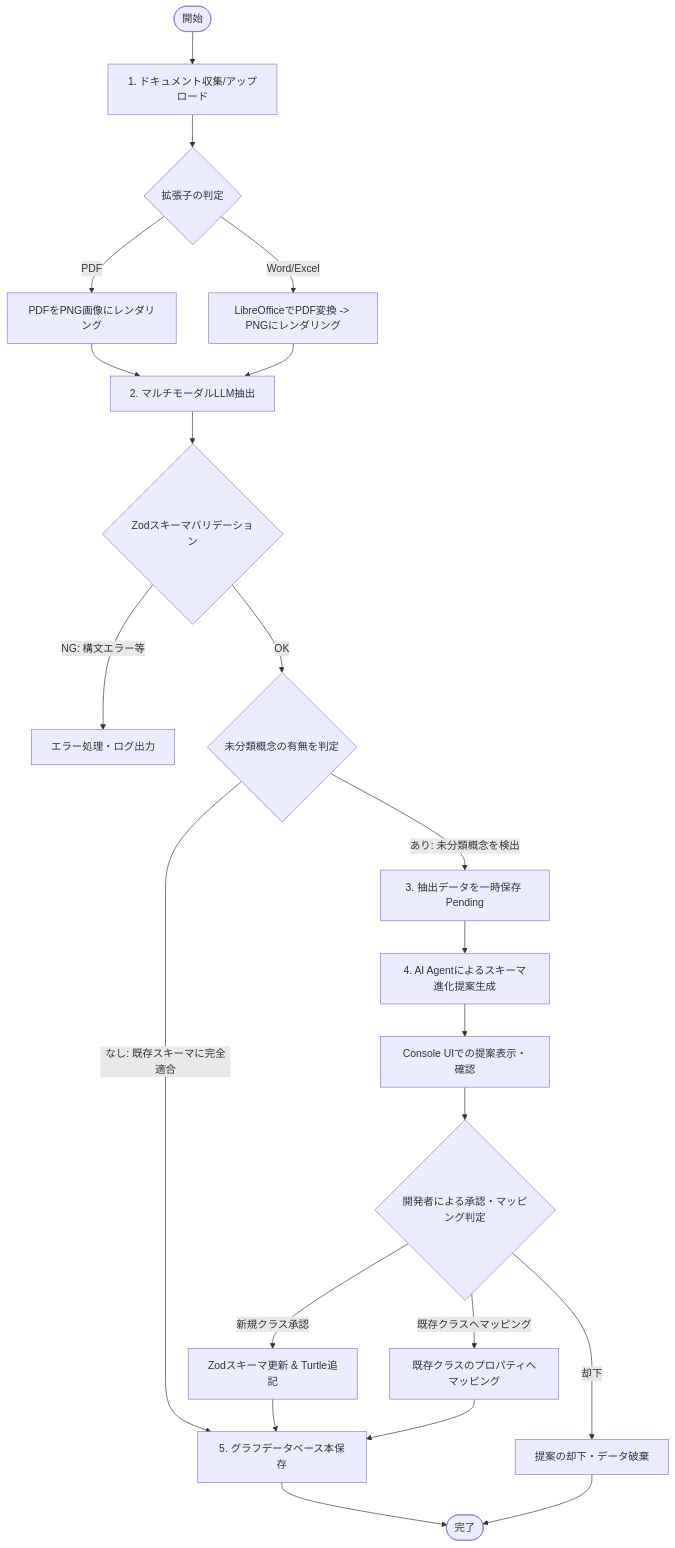
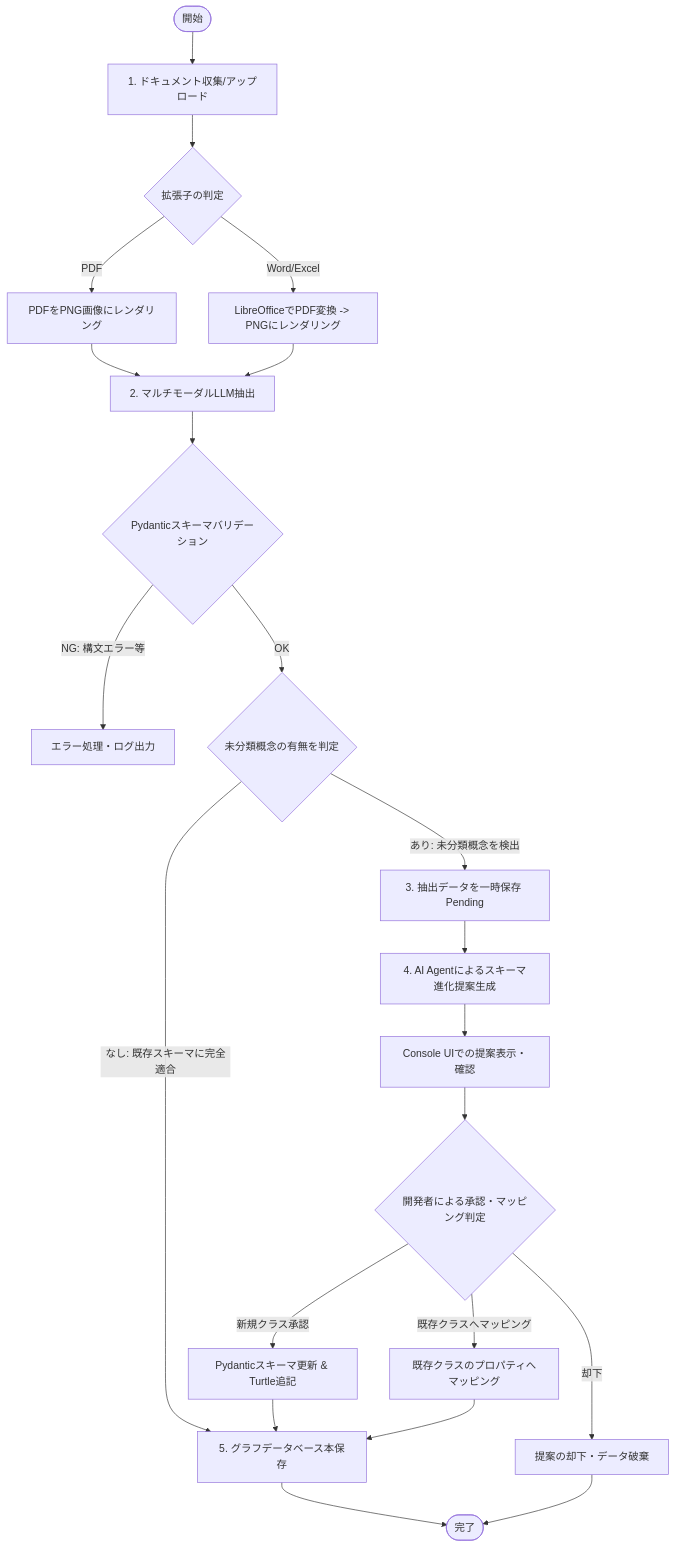
One commit to hiroooo000/ontoNgn changed the second of 3 diagrams in docs/architecture_design.md. Above: the diagram before and after it, drawn with Mermaid. The commit also changed other lines of this file and 1 other file, not shown here.

Commit message:
docs: update architecture design and tech decisions to Python/FastAPI/HTMX

````diff
--- a/docs/architecture_design.md
+++ b/docs/architecture_design.md
@@ -203,31 +203,31 @@
 ```mermaid
 flowchart TD
-    Start([開始]) --> Ingestion[1. ドキュメント収集/アップロード]
-    Ingestion --> Render{拡張子の判定}
-    Render -->|PDF| PdfRender[PDFをPNG画像にレンダリング]
-    Render -->|Word/Excel| OfficeRender[LibreOfficeでPDF変換 -> PNGにレンダリング]
+    Start(["開始"]) --> Ingestion["1. ドキュメント収集/アップロード"]
+    Ingestion --> Render{"拡張子の判定"}
+    Render -->|"PDF"| PdfRender["PDFをPNG画像にレンダリング"]
+    Render -->|"Word/Excel"| OfficeRender["LibreOfficeでPDF変換 -> PNGにレンダリング"]
     
-    PdfRender --> LLMExtract[2. マルチモーダルLLM抽出]
+    PdfRender --> LLMExtract["2. マルチモーダルLLM抽出"]
     OfficeRender --> LLMExtract
     
-    LLMExtract --> Validate{Zodスキーマバリデーション}
-    Validate -->|NG: 構文エラー等| Error[エラー処理・ログ出力]
-    Validate -->|OK| ConceptTriage{未分類概念の有無を判定}
+    LLMExtract --> Validate{"Pydanticスキーマバリデーション"}
+    Validate -->|"NG: 構文エラー等"| Error["エラー処理・ログ出力"]
+    Validate -->|"OK"| ConceptTriage{"未分類概念の有無を判定"}
     
-    ConceptTriage -->|なし: 既存スキーマに完全適合| SaveDB[5. グラフデータベース本保存]
-    ConceptTriage -->|あり: 未分類概念を検出| TempSave[3. 抽出データを一時保存 Pending]
+    ConceptTriage -->|"なし: 既存スキーマに完全適合"| SaveDB["5. グラフデータベース本保存"]
+    ConceptTriage -->|"あり: 未分類概念を検出"| TempSave["3. 抽出データを一時保存 Pending"]
     
-    TempSave --> EvolutionAgent[4. AI Agentによるスキーマ進化提案生成]
-    EvolutionAgent --> ConsoleUI[Console UIでの提案表示・確認]
-    ConsoleUI --> UserAction{開発者による承認・マッピング判定}
+    TempSave --> EvolutionAgent["4. AI Agentによるスキーマ進化提案生成"]
+    EvolutionAgent --> ConsoleUI["Console UIでの提案表示・確認"]
+    ConsoleUI --> UserAction{"開発者による承認・マッピング判定"}
     
-    UserAction -->|新規クラス承認| Compile[Zodスキーマ更新 & Turtle追記]
-    UserAction -->|既存クラスへマッピング| MapExisting[既存クラスのプロパティへマッピング]
-    UserAction -->|却下| Discard[提案の却下・データ破棄]
+    UserAction -->|"新規クラス承認"| Compile["Pydanticスキーマ更新 & Turtle追記"]
+    UserAction -->|"既存クラスへマッピング"| MapExisting["既存クラスのプロパティへマッピング"]
+    UserAction -->|"却下"| Discard["提案の却下・データ破棄"]
     
     Compile --> SaveDB
     MapExisting --> SaveDB
     Discard --> End
     
-    SaveDB --> End([完了])
+    SaveDB --> End(["完了"])
 ```
````
